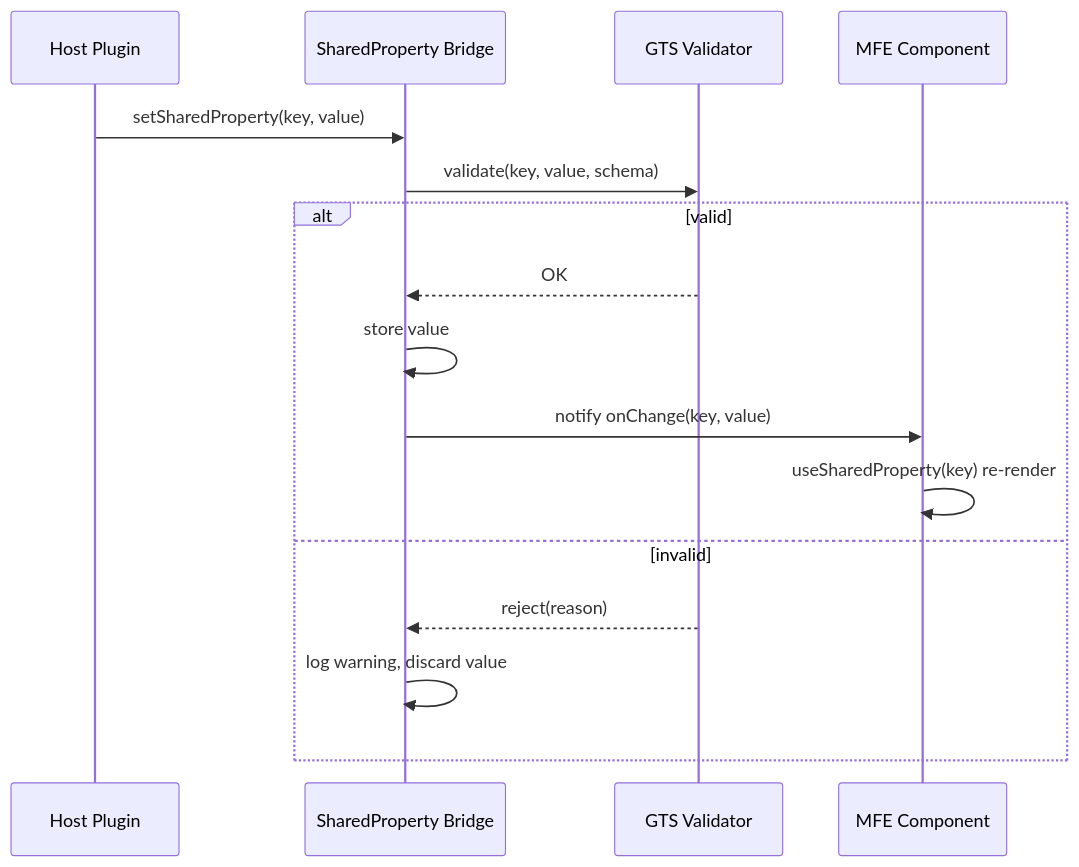
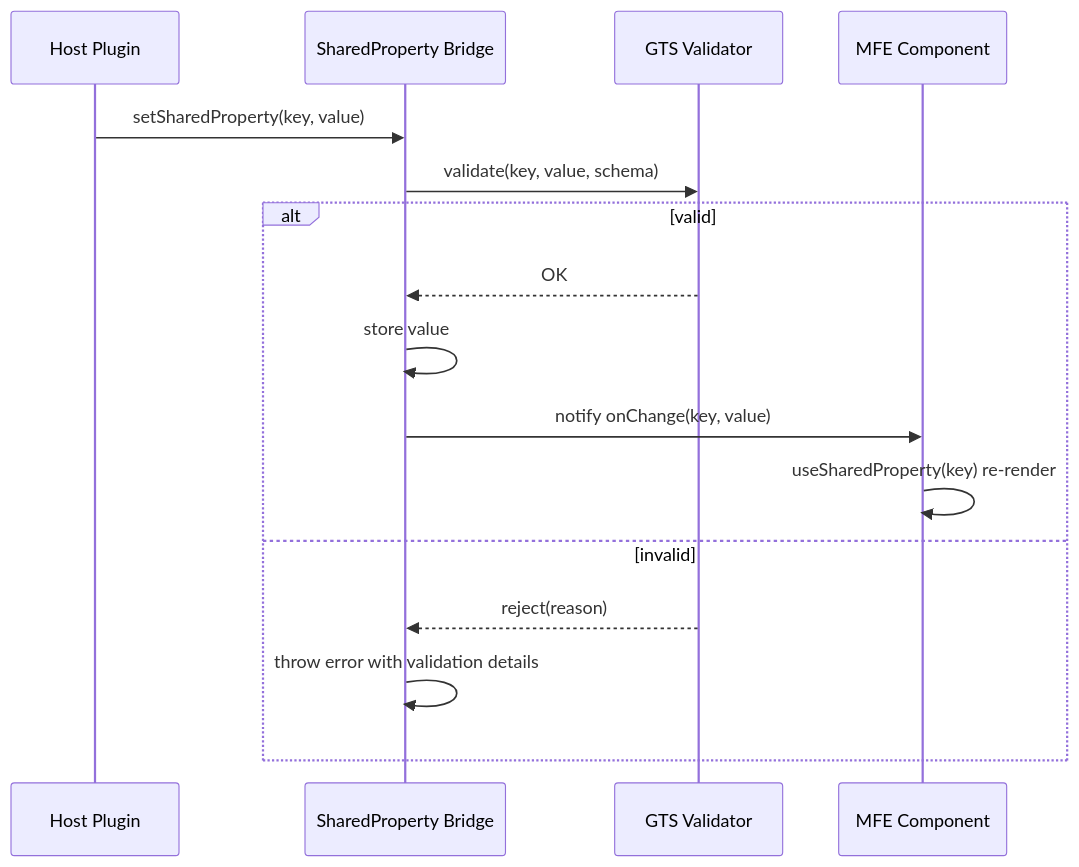
One commit to cyberfabric/frontx changed the fourth of 5 diagrams in architecture/DESIGN.md. Above: the diagram before and after it, drawn with Mermaid. The commit also changed other lines of this file and 38 other files, not shown here.

````diff
--- a/architecture/DESIGN.md
+++ b/architecture/DESIGN.md
@@ -1001,19 +1002,19 @@
 ```mermaid
 sequenceDiagram
     participant Host as Host Plugin
     participant SP as SharedProperty Bridge
     participant GTS as GTS Validator
     participant MFE as MFE Component
 
     Host->>SP: setSharedProperty(key, value)
     SP->>GTS: validate(key, value, schema)
     alt valid
         GTS-->>SP: OK
         SP->>SP: store value
         SP->>MFE: notify onChange(key, value)
         MFE->>MFE: useSharedProperty(key) re-render
     else invalid
         GTS-->>SP: reject(reason)
-        SP->>SP: log warning, discard value
+        SP->>SP: throw error with validation details
     end
 ```
````
